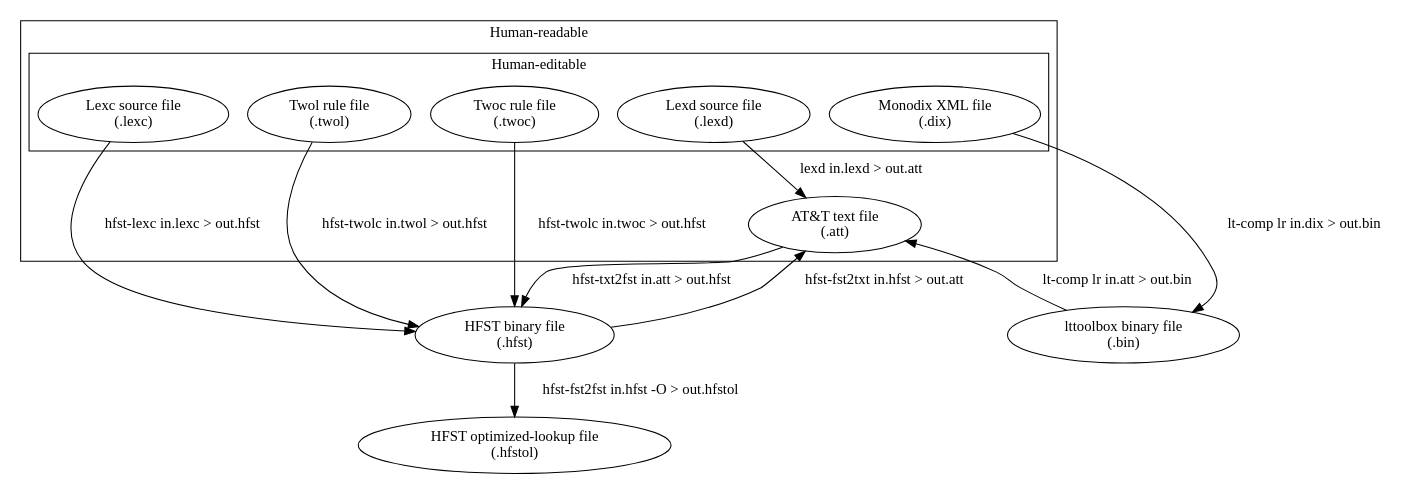
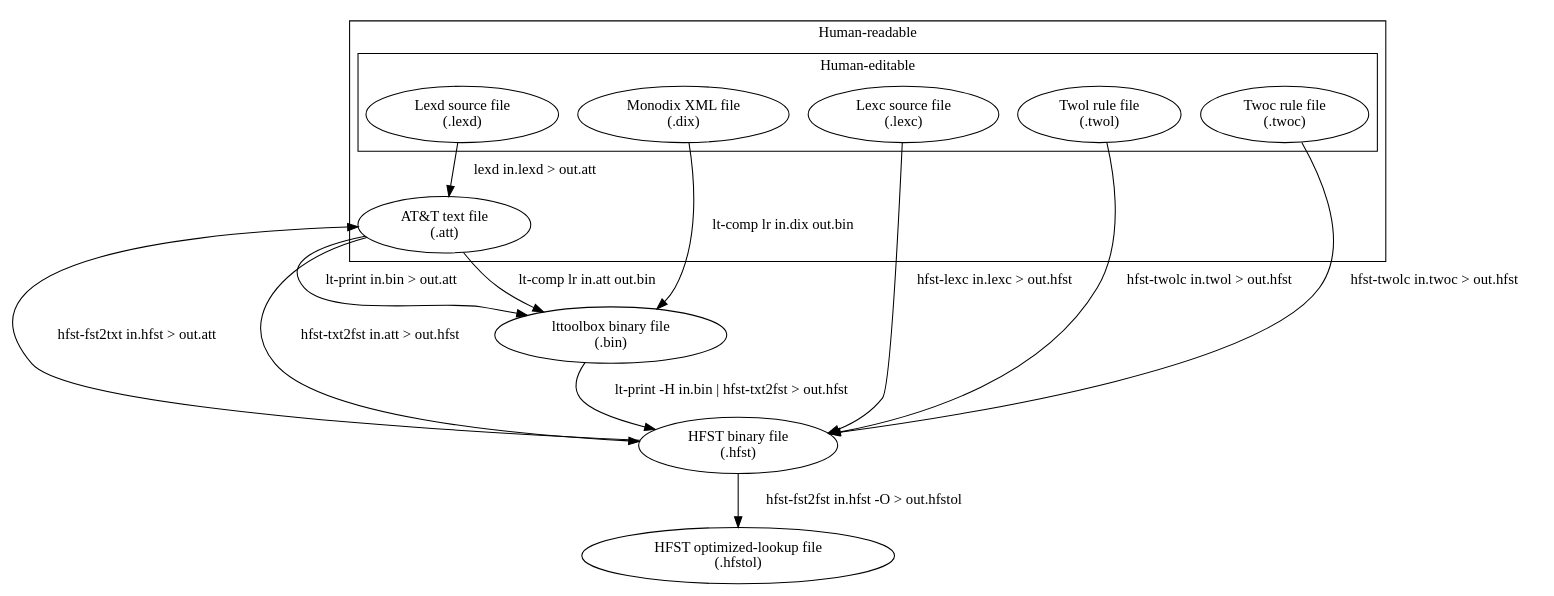
Before and after one commit to mr-martian/apertium-doc: the diagram in transducers.dot, drawn with Graphviz. The commit also changed 1 other file, not shown here.

Commit message:
errors in flowchart

```diff
--- a/transducers.dot
+++ b/transducers.dot
@@ -1,30 +1,32 @@
 digraph {
   hfst [label="HFST binary file\n(.hfst)"];
   bin [label="lttoolbox binary file\n(.bin)"];
   hfstol [label="HFST optimized-lookup file\n(.hfstol)"];
   att [label="AT&T text file\n(.att)"];
   lexc [label="Lexc source file\n(.lexc)"];
   lexd [label="Lexd source file\n(.lexd)"];
   twol [label="Twol rule file\n(.twol)"];
   twoc [label="Twoc rule file\n(.twoc)"];
   dix [label="Monodix XML file\n(.dix)"];
 
   subgraph cluster_read {
     label="Human-readable";
     att;
     subgraph cluster_write {
       label="Human-editable";
       lexc; lexd; twol; twoc; dix;
     }
   }
 
   lexd -> att [label="lexd in.lexd > out.att"];
   lexc -> hfst [label="hfst-lexc in.lexc > out.hfst"];
   twol -> hfst [label="hfst-twolc in.twol > out.hfst"];
   twoc -> hfst [label="hfst-twolc in.twoc > out.hfst"];
   att -> hfst [label="hfst-fst2txt in.hfst > out.att", dir=back];
   att -> hfst [label="hfst-txt2fst in.att > out.hfst"];
-  dix -> bin [label="lt-comp lr in.dix > out.bin"];
-  att -> bin [label="lt-comp lr in.att > out.bin", dir=back];
+  dix -> bin [label="lt-comp lr in.dix out.bin"];
+  att -> bin [label="lt-comp lr in.att out.bin"];
+  att -> bin [label="lt-print in.bin > out.att"];
   hfst -> hfstol [label="hfst-fst2fst in.hfst -O > out.hfstol"];
+  bin -> hfst [label="lt-print -H in.bin | hfst-txt2fst > out.hfst"];
 }
```
